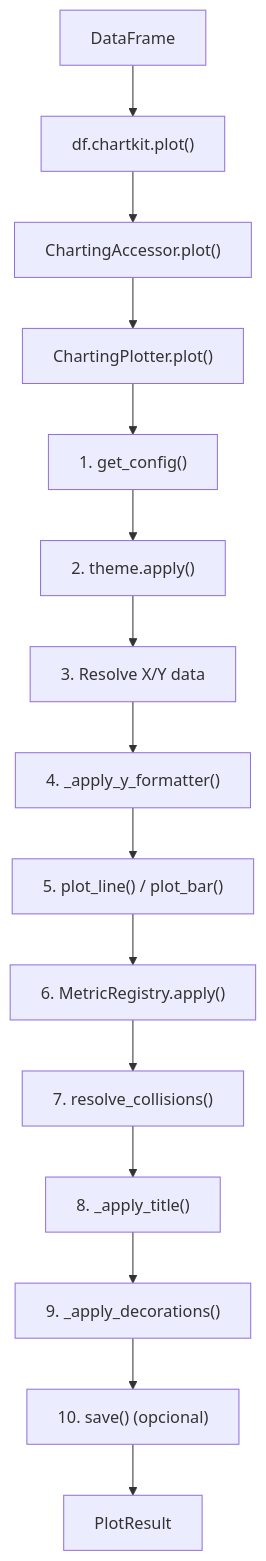
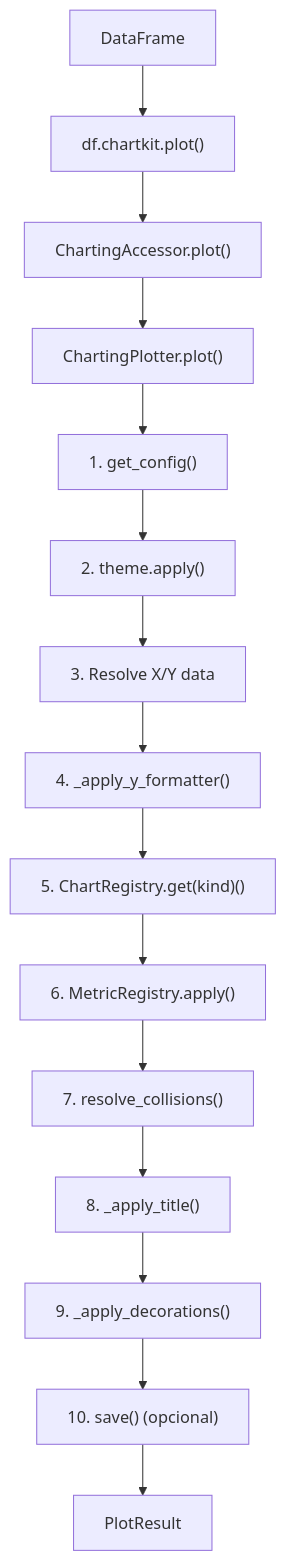
One commit to enzoomoreira/chartkit changed the diagram in docs/contributing/architecture.md. Above: the diagram before and after it, drawn with Mermaid. The commit also changed other lines of this file and 39 other files, not shown here.

First line of the commit message:
refactor(settings): migrate to pydantic-settings, add ChartRegistry and unify highlight system

````diff
--- a/docs/contributing/architecture.md
+++ b/docs/contributing/architecture.md
@@ -72,18 +72,18 @@
 ```mermaid
 flowchart TD
     A[DataFrame] --> B["df.chartkit.plot()"]
     B --> C["ChartingAccessor.plot()"]
     C --> D["ChartingPlotter.plot()"]
 
     D --> D1["1. get_config()"]
     D1 --> D2["2. theme.apply()"]
     D2 --> D3["3. Resolve X/Y data"]
     D3 --> D4["4. _apply_y_formatter()"]
-    D4 --> D5["5. plot_line() / plot_bar()"]
+    D4 --> D5["5. ChartRegistry.get(kind)()"]
     D5 --> D6["6. MetricRegistry.apply()"]
     D6 --> D7["7. resolve_collisions()"]
     D7 --> D8["8. _apply_title()"]
     D8 --> D9["9. _apply_decorations()"]
     D9 --> D10["10. save() (opcional)"]
     D10 --> E["PlotResult"]
 ```
````
